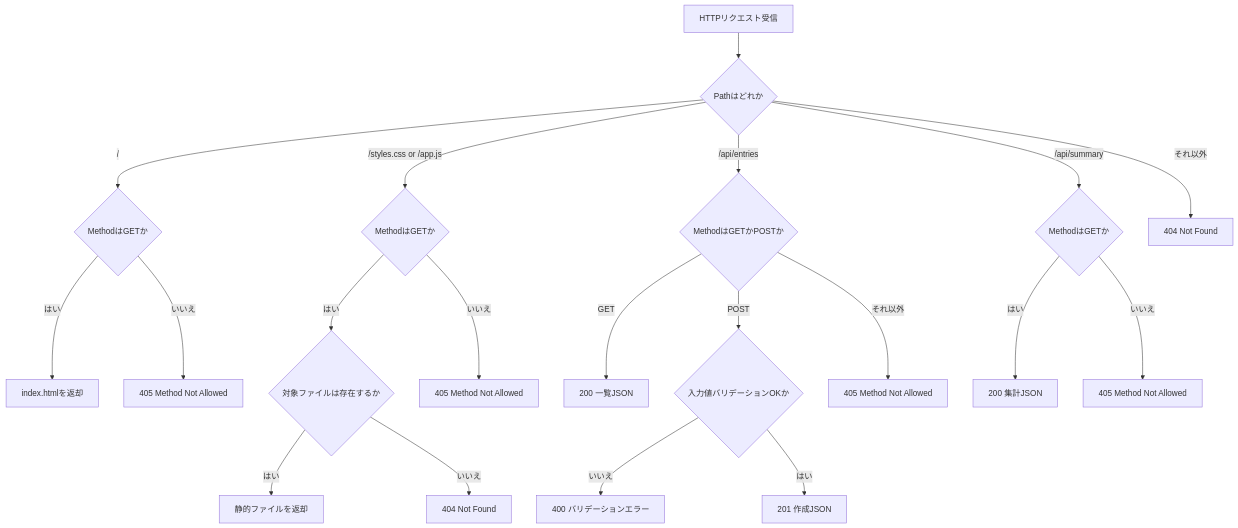
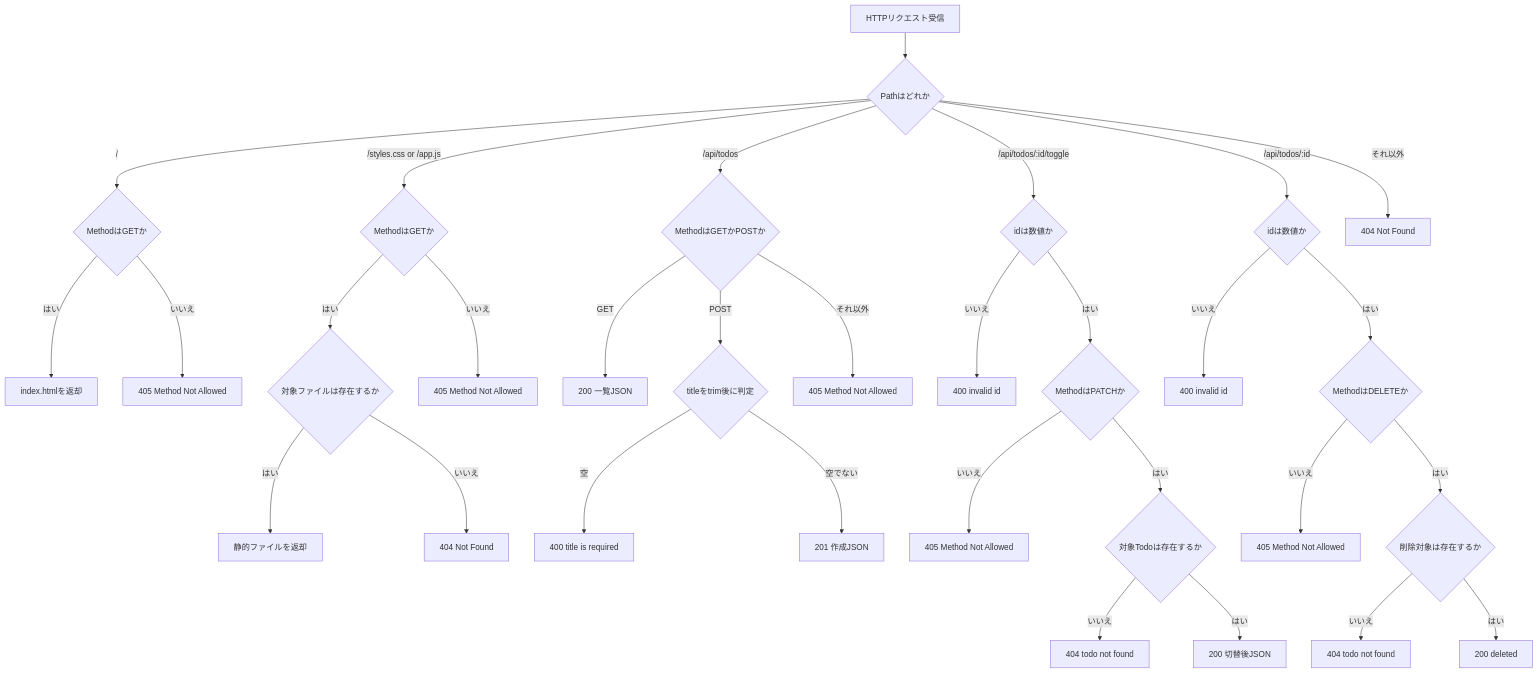
Before and after one commit to kiyomiya38/order-management-springboot: the third of 3 diagrams in docs/curriculum/web-app(簡易版)/lesson3.md, drawn with Mermaid. The commit also changed other lines of this file and 32 other files, not shown here.

````diff
--- a/docs/curriculum/web-app(簡易版)/lesson3.md
+++ b/docs/curriculum/web-app(簡易版)/lesson3.md
@@ -136,27 +158,39 @@
 ```mermaid
 flowchart TD
   A[HTTPリクエスト受信] --> P{Pathはどれか}
 
   P -->|/| R1{MethodはGETか}
   R1 -->|はい| OK1[index.htmlを返却]
   R1 -->|いいえ| E405A[405 Method Not Allowed]
 
   P -->|/styles.css or /app.js| R2{MethodはGETか}
   R2 -->|はい| F{対象ファイルは存在するか}
   F -->|はい| OK2[静的ファイルを返却]
   F -->|いいえ| E404A[404 Not Found]
   R2 -->|いいえ| E405B[405 Method Not Allowed]
 
-  P -->|/api/entries| R3{MethodはGETかPOSTか}
+  P -->|/api/todos| R3{MethodはGETかPOSTか}
   R3 -->|GET| OK3[200 一覧JSON]
-  R3 -->|POST| V{入力値バリデーションOKか}
-  V -->|いいえ| E400A[400 バリデーションエラー]
-  V -->|はい| OK4[201 作成JSON]
+  R3 -->|POST| T{titleをtrim後に判定}
+  T -->|空| E400A[400 title is required]
+  T -->|空でない| OK4[201 作成JSON]
   R3 -->|それ以外| E405C[405 Method Not Allowed]
 
-  P -->|/api/summary| R4{MethodはGETか}
-  R4 -->|はい| OK5[200 集計JSON]
-  R4 -->|いいえ| E405D[405 Method Not Allowed]
+  P -->|/api/todos/:id/toggle| R4{idは数値か}
+  R4 -->|いいえ| E400B[400 invalid id]
+  R4 -->|はい| M1{MethodはPATCHか}
+  M1 -->|いいえ| E405D[405 Method Not Allowed]
+  M1 -->|はい| EX1{対象Todoは存在するか}
+  EX1 -->|いいえ| E404B[404 todo not found]
+  EX1 -->|はい| OK5[200 切替後JSON]
 
-  P -->|それ以外| E404B[404 Not Found]
+  P -->|/api/todos/:id| R5{idは数値か}
+  R5 -->|いいえ| E400C[400 invalid id]
+  R5 -->|はい| M2{MethodはDELETEか}
+  M2 -->|いいえ| E405E[405 Method Not Allowed]
+  M2 -->|はい| EX2{削除対象は存在するか}
+  EX2 -->|いいえ| E404C[404 todo not found]
+  EX2 -->|はい| OK6[200 deleted]
+
+  P -->|それ以外| E404D[404 Not Found]
 ```
````
